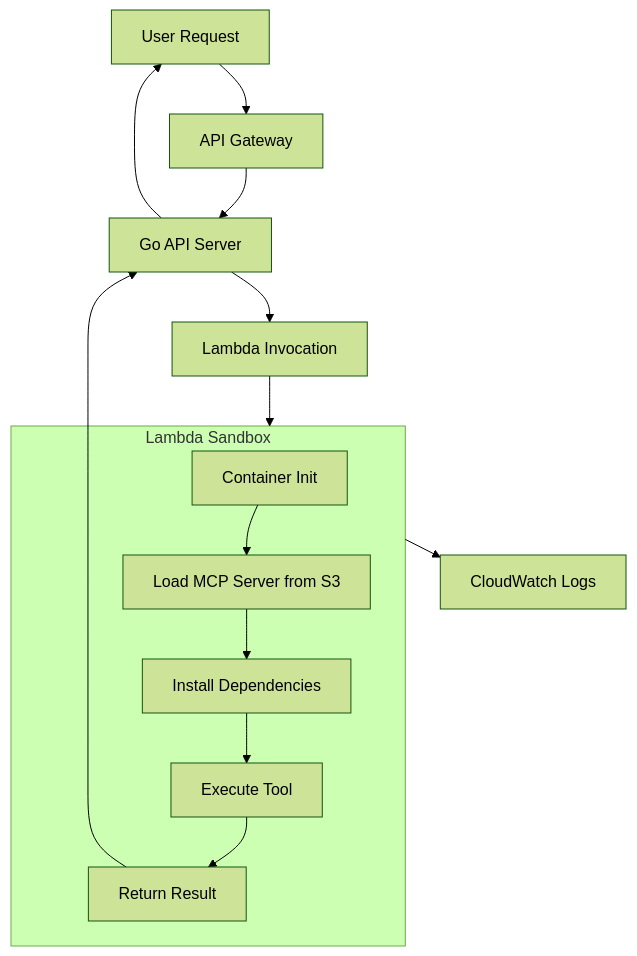
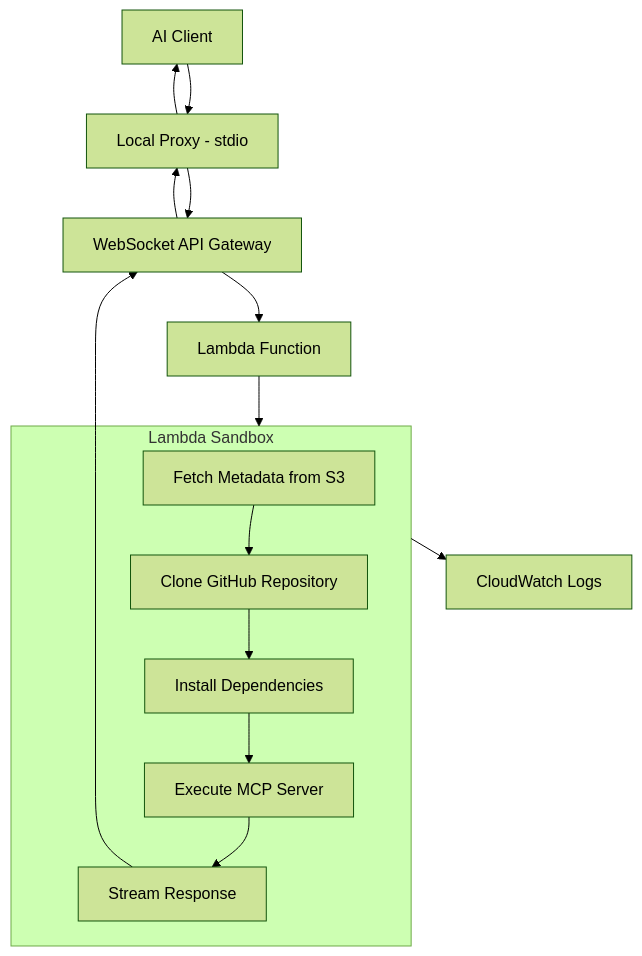
The diagram in docs/concepts/sandboxes.mdx (areebahmeddd/SuperBox-FE), drawn with Mermaid (forest theme) before and after one commit. The commit also changed other lines of this file and 33 other files, not shown here.

````diff
--- a/docs/concepts/sandboxes.mdx
+++ b/docs/concepts/sandboxes.mdx
@@ -29,21 +29,22 @@
   ```mermaid
   graph TD
-      A[User Request] --> B[API Gateway]
-      B --> C[Go API Server]
-      C --> D[Lambda Invocation]
+      A[AI Client] --> B[Local Proxy - stdio]
+      B --> C[WebSocket API Gateway]
+      C --> D[Lambda Function]
       D --> E[Sandbox Environment]
       
       subgraph E[Lambda Sandbox]
-          F[Container Init]
-          G[Load MCP Server from S3]
+          F[Fetch Metadata from S3]
+          G[Clone GitHub Repository]
           H[Install Dependencies]
-          I[Execute Tool]
-          J[Return Result]
+          I[Execute MCP Server]
+          J[Stream Response]
           
           F --> G --> H --> I --> J
       end
       
       E --> K[CloudWatch Logs]
       J --> C
-      C --> A
+      C --> B
+      B --> A
   ```
````
